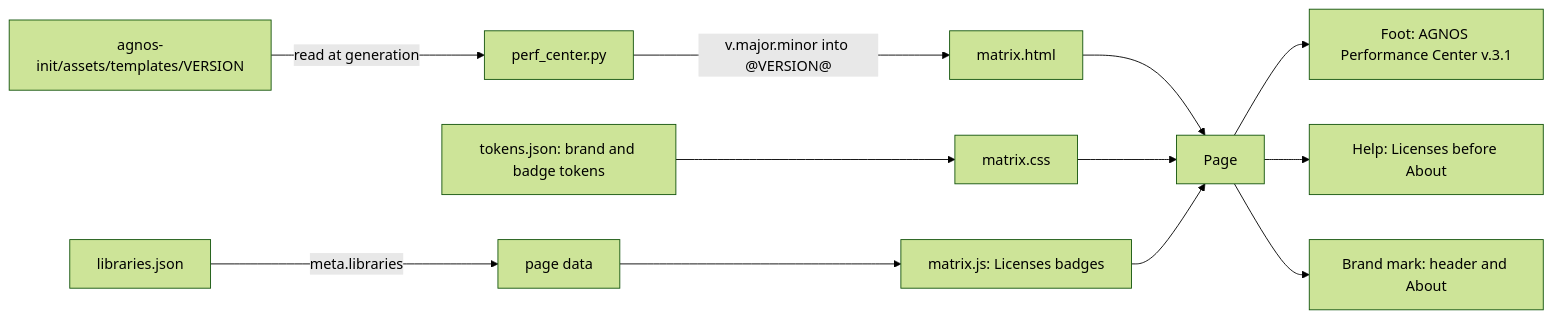
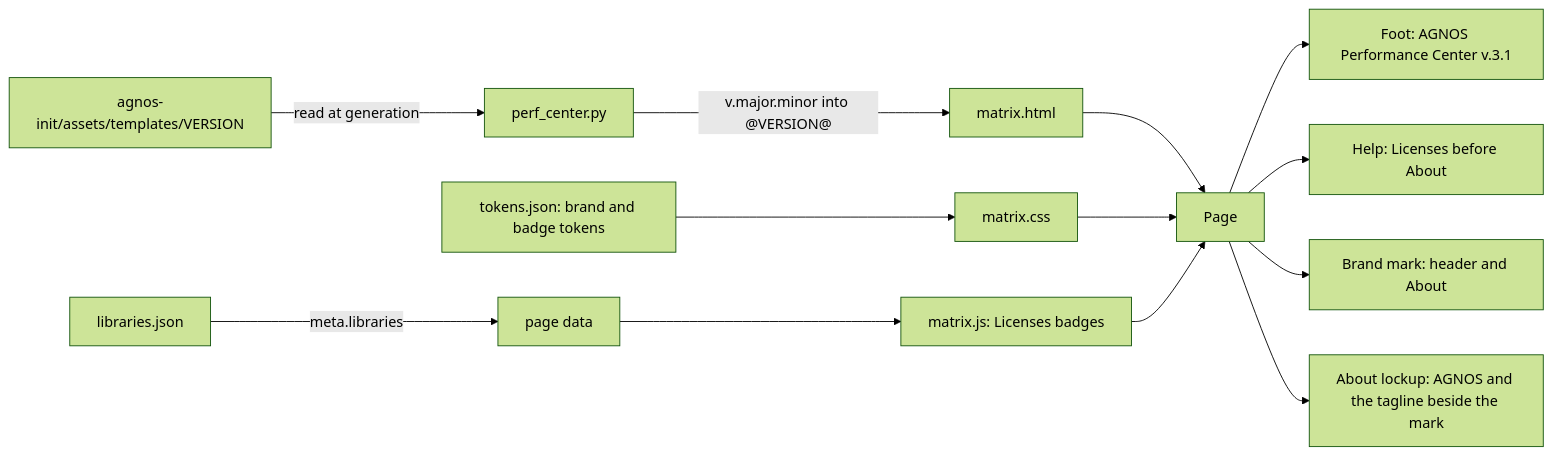
The diagram in agnos-process/2.architecture/ADR-TRC-014-brand-version-and-licences.md (spashx/agnos), drawn with Mermaid (forest theme) before and after one commit. The commit also changed other lines of this file and 8 other files, not shown here.

Commit message:
feat(TRC): ADR-TRC-014/TASK-TRC-097 the About topic shows the design's lockup: AGNOS and the tagline Efficiency by traceability beside the large mark; DEC-TRC-059 and the type tokens added (RQ-TRC-116)

````diff
--- a/agnos-process/2.architecture/ADR-TRC-014-brand-version-and-licences.md
+++ b/agnos-process/2.architecture/ADR-TRC-014-brand-version-and-licences.md
@@ -40,14 +44,15 @@
 ```mermaid
 flowchart LR
   V[agnos-init/assets/templates/VERSION] -->|read at generation| G[perf_center.py]
   G -->|v.major.minor into @VERSION@| T[matrix.html]
   K[tokens.json: brand and badge tokens] --> C[matrix.css]
   T --> P[Page]
   C --> P
   L[libraries.json] -->|meta.libraries| D[page data]
   D --> J[matrix.js: Licenses badges]
   J --> P
   P --> F[Foot: AGNOS Performance Center v.3.1]
   P --> H[Help: Licenses before About]
   P --> M[Brand mark: header and About]
+  P --> W[About lockup: AGNOS and the tagline beside the mark]
 ```
````
